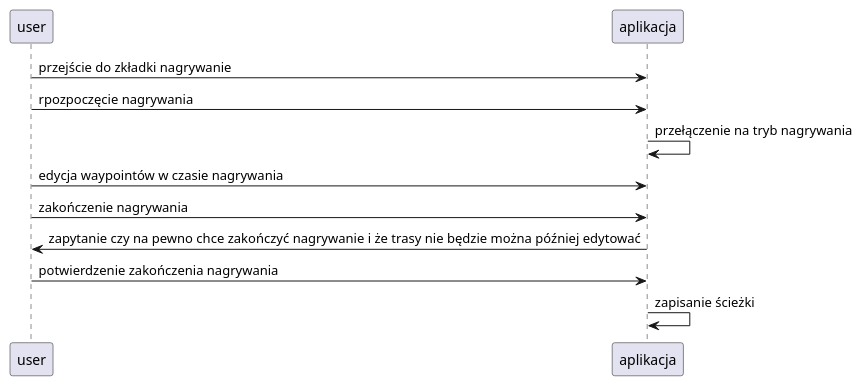
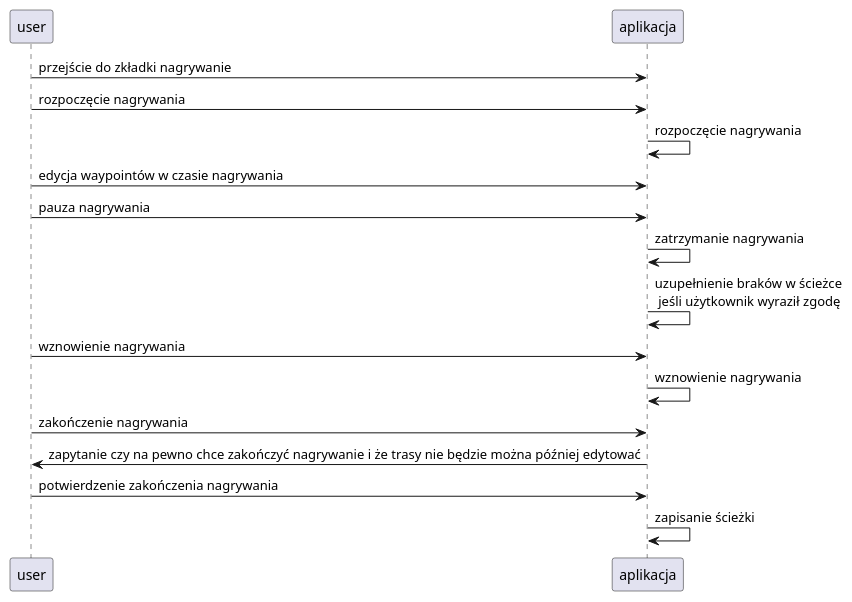
One commit to heisenshark/health-paths changed the diagram in uml-diagrams/nagrywanie.puml. Above: the diagram before and after it, drawn with PlantUML. The commit also changed 20 other files, not shown here.

```diff
--- a/uml-diagrams/nagrywanie.puml
+++ b/uml-diagrams/nagrywanie.puml
@@ -1,11 +1,17 @@
 @startuml logowanie
 
 user -> aplikacja :przejście do zkładki nagrywanie
-user -> aplikacja : rpozpoczęcie nagrywania
-aplikacja -> aplikacja : przełączenie na tryb nagrywania
+user -> aplikacja : rozpoczęcie nagrywania
+aplikacja -> aplikacja : rozpoczęcie nagrywania
 user -> aplikacja : edycja waypointów w czasie nagrywania
+user->aplikacja : pauza nagrywania
+aplikacja -> aplikacja : zatrzymanie nagrywania
+aplikacja -> aplikacja : uzupełnienie braków w ścieżce\n jeśli użytkownik wyraził zgodę
+user -> aplikacja : wznowienie nagrywania
+aplikacja -> aplikacja : wznowienie nagrywania
+
 user -> aplikacja : zakończenie nagrywania
 aplikacja -> user : zapytanie czy na pewno chce zakończyć nagrywanie i że trasy nie będzie można później edytować
 user -> aplikacja : potwierdzenie zakończenia nagrywania
 aplikacja -> aplikacja : zapisanie ścieżki
 @enduml
```
